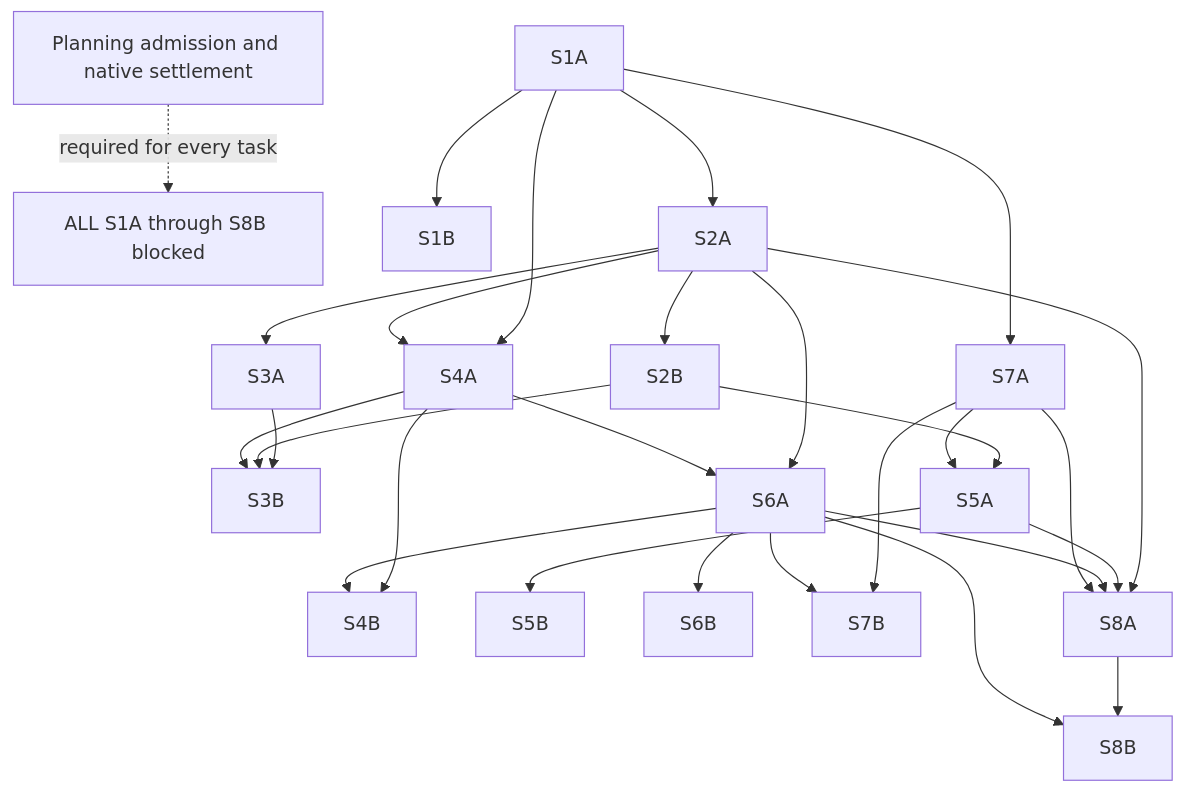
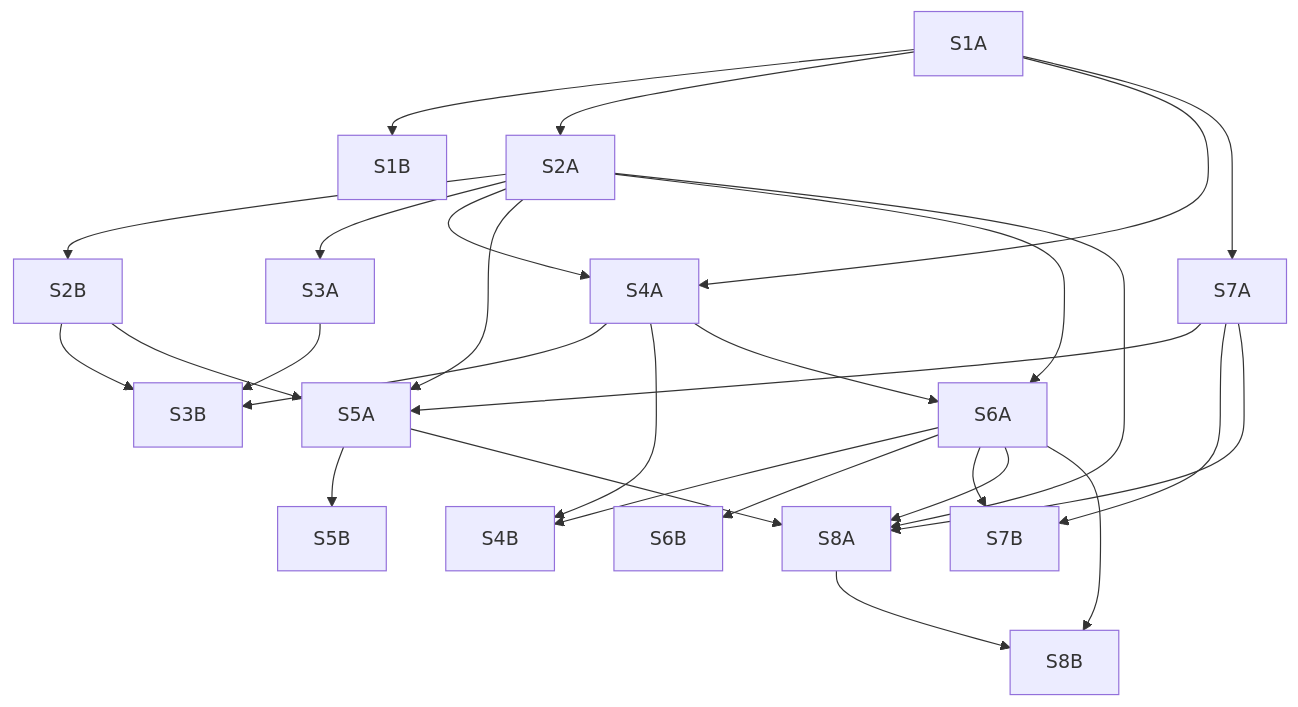
The diagram in docs/notes/oikos-execution-plan.md (open-hax/foresight), drawn with Mermaid before and after one commit. The commit also changed other lines of this file and 18 other files, not shown here.

````diff
--- a/docs/notes/oikos-execution-plan.md
+++ b/docs/notes/oikos-execution-plan.md
@@ -183,30 +245,30 @@
 ```mermaid
 flowchart TD
-  P[Planning admission and native settlement] -. required for every task .-> ALL[ALL S1A through S8B blocked]
   S1A --> S1B
   S1A --> S2A
   S2A --> S2B
   S2A --> S3A
   S3A --> S3B
   S2B --> S3B
   S4A --> S3B
   S1A --> S4A
   S2A --> S4A
   S4A --> S4B
   S6A --> S4B
+  S2A --> S5A
   S2B --> S5A
   S7A --> S5A
   S5A --> S5B
   S2A --> S6A
   S4A --> S6A
   S6A --> S6B
   S1A --> S7A
   S7A --> S7B
   S6A --> S7B
   S2A --> S8A
   S5A --> S8A
   S6A --> S8A
   S7A --> S8A
   S8A --> S8B
   S6A --> S8B
 ```
````
